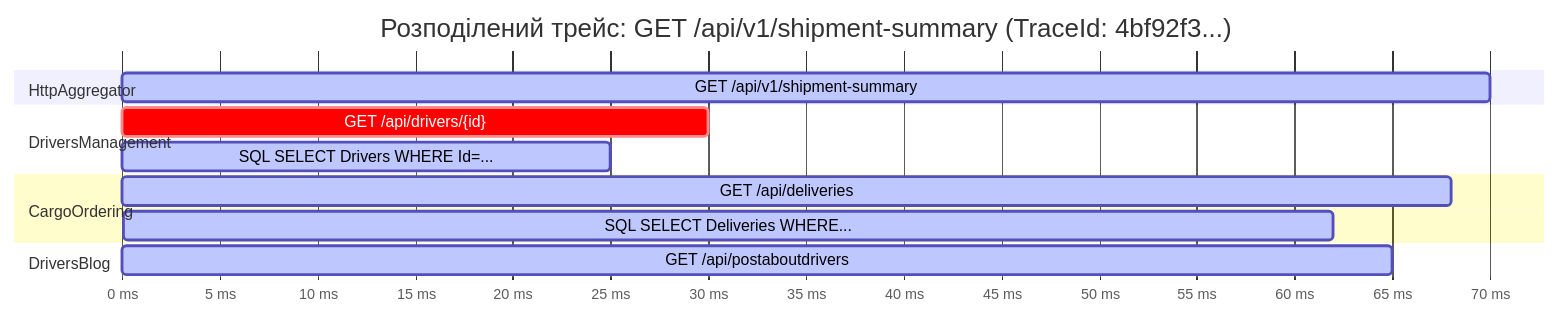
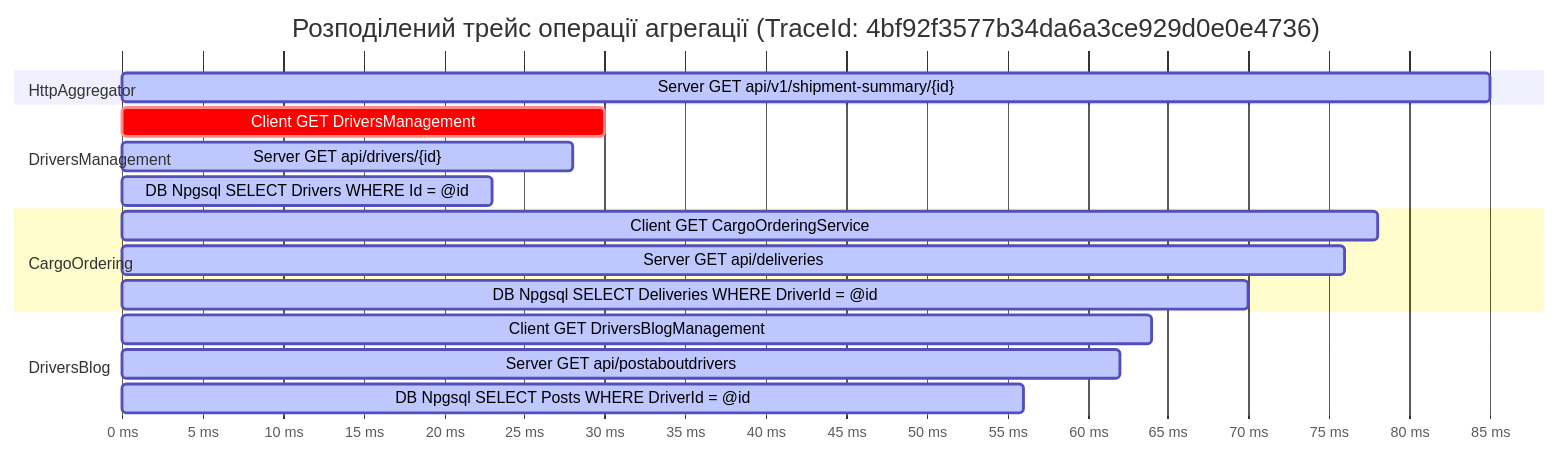
The third of 6 diagrams in 02-Microservices-Craftsman/02-01-Aspire-Documentation/04_Distributed_Tracing_OpenTelemetry_Guide.md (MrTomkaYurii/Demo-CargoDeliveryService), drawn with Mermaid before and after one commit. The commit also changed other lines of this file and 5 other files, not shown here.

Commit message:
docs(aspire): expand guides 01-06 into comprehensive masterclass with deep theory, code dissections, and verified mermaid diagrams

````diff
--- a/02-Microservices-Craftsman/02-01-Aspire-Documentation/04_Distributed_Tracing_OpenTelemetry_Guide.md
+++ b/02-Microservices-Craftsman/02-01-Aspire-Documentation/04_Distributed_Tracing_OpenTelemetry_Guide.md
@@ -99,20 +226,24 @@
 ```mermaid
 gantt
-    title Розподілений трейс: GET /api/v1/shipment-summary (TraceId: 4bf92f3...)
+    title Розподілений трейс операції агрегації (TraceId: 4bf92f3577b34da6a3ce929d0e0e4736)
     dateFormat X
     axisFormat %s ms
 
     section HttpAggregator
-    GET /api/v1/shipment-summary :active, root, 0, 70
+    Server GET api/v1/shipment-summary/{id}               :active, root, 0, 85
 
     section DriversManagement
-    GET /api/drivers/{id} :crit, dm, 5, 30
-    SQL SELECT Drivers WHERE Id=... :active, dmsql, 10, 25
+    Client GET DriversManagement                          :crit, dm_http, 5, 30
+    Server GET api/drivers/{id}                           :active, dm_srv, 7, 28
+    DB Npgsql SELECT Drivers WHERE Id = @id               :active, dm_sql, 11, 23
 
     section CargoOrdering
-    GET /api/deliveries :active, co, 32, 68
-    SQL SELECT Deliveries WHERE... :active, cosql, 38, 62
+    Client GET CargoOrderingService                       :active, co_http, 32, 78
+    Server GET api/deliveries                             :active, co_srv, 34, 76
+    DB Npgsql SELECT Deliveries WHERE DriverId = @id      :active, co_sql, 38, 70
 
     section DriversBlog
-    GET /api/postaboutdrivers :active, db, 32, 65
+    Client GET DriversBlogManagement                      :active, db_http, 32, 64
+    Server GET api/postaboutdrivers                       :active, db_srv, 34, 62
+    DB Npgsql SELECT Posts WHERE DriverId = @id           :active, db_sql, 37, 56
 ```
````
